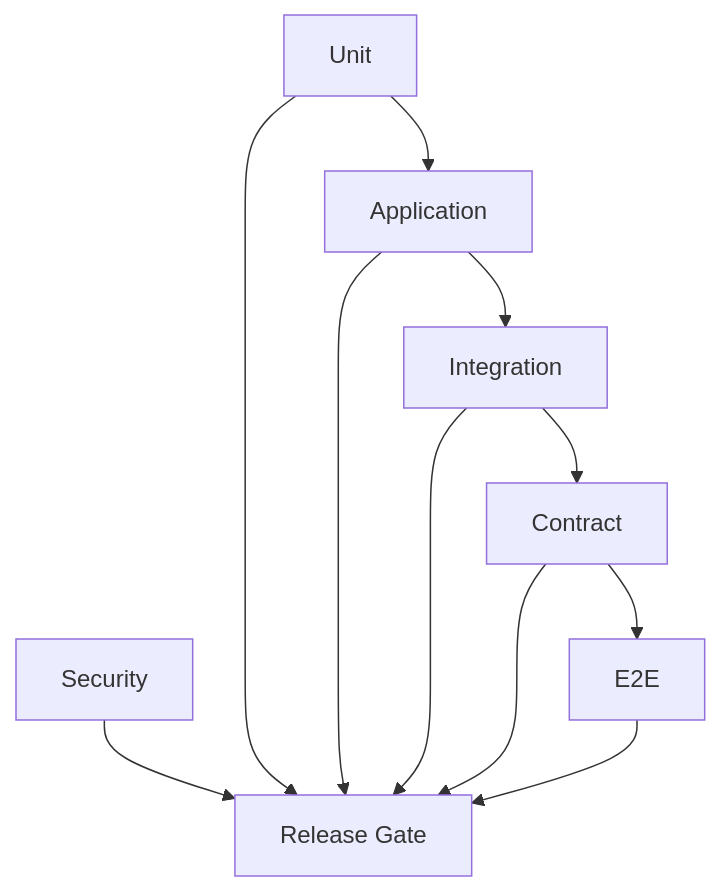
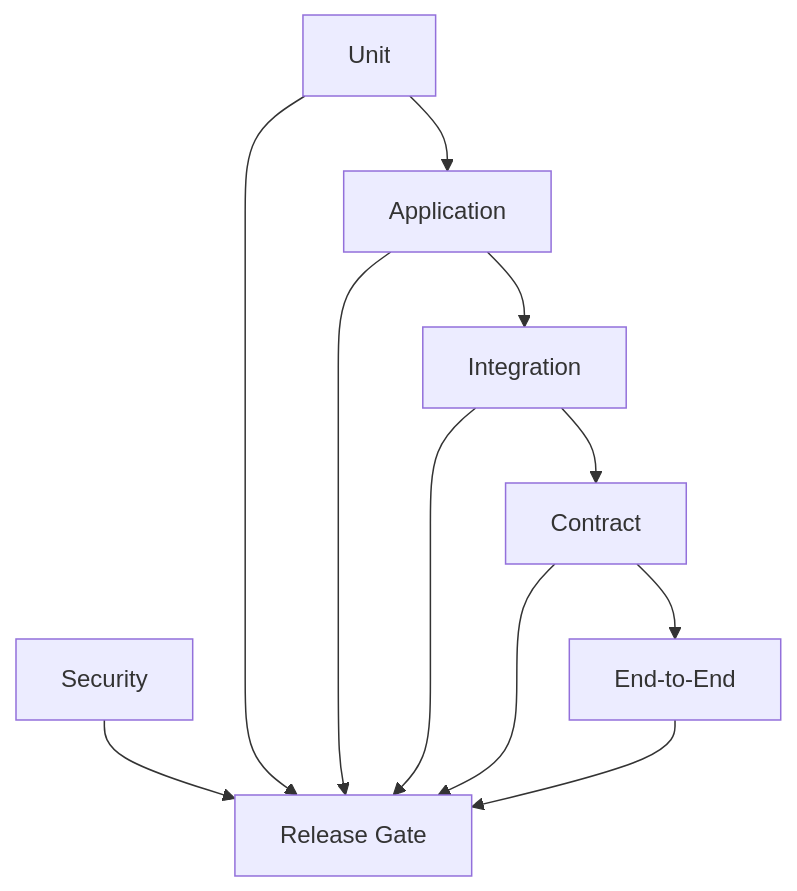
One commit to D-engahmed/OMILINKS changed the first of 3 diagrams in docs/engineering/testing-policy.md. Above: the diagram before and after it, drawn with Mermaid. The commit also changed other lines of this file and 4 other files, not shown here.

````diff
--- a/docs/engineering/testing-policy.md
+++ b/docs/engineering/testing-policy.md
@@ -13,13 +9,13 @@
-```mermaid
+~~~mermaid
 flowchart TB
 UNIT[Unit] --> APP[Application]
 APP --> INT[Integration]
 INT --> CONTRACT[Contract]
-CONTRACT --> E2E[E2E]
+CONTRACT --> E2E[End-to-End]
 SEC[Security] --> GATE[Release Gate]
 UNIT --> GATE
 APP --> GATE
 INT --> GATE
 CONTRACT --> GATE
 E2E --> GATE
-```
+~~~
````
